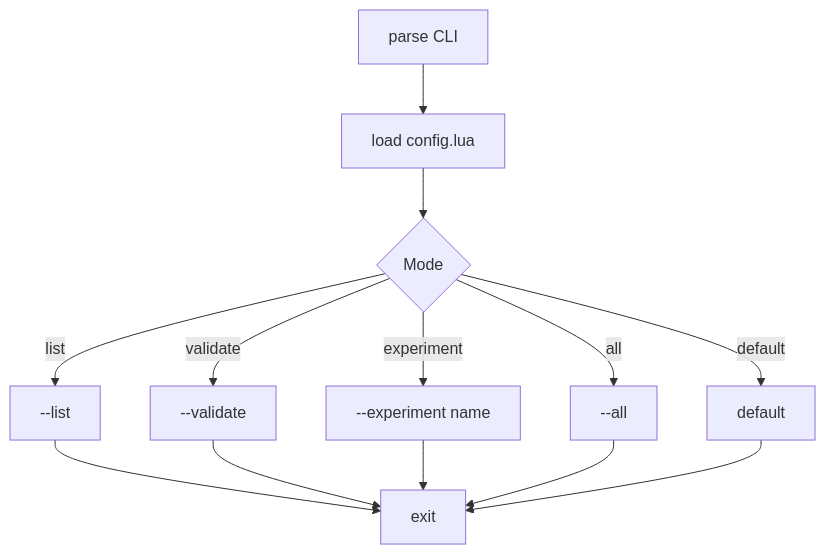
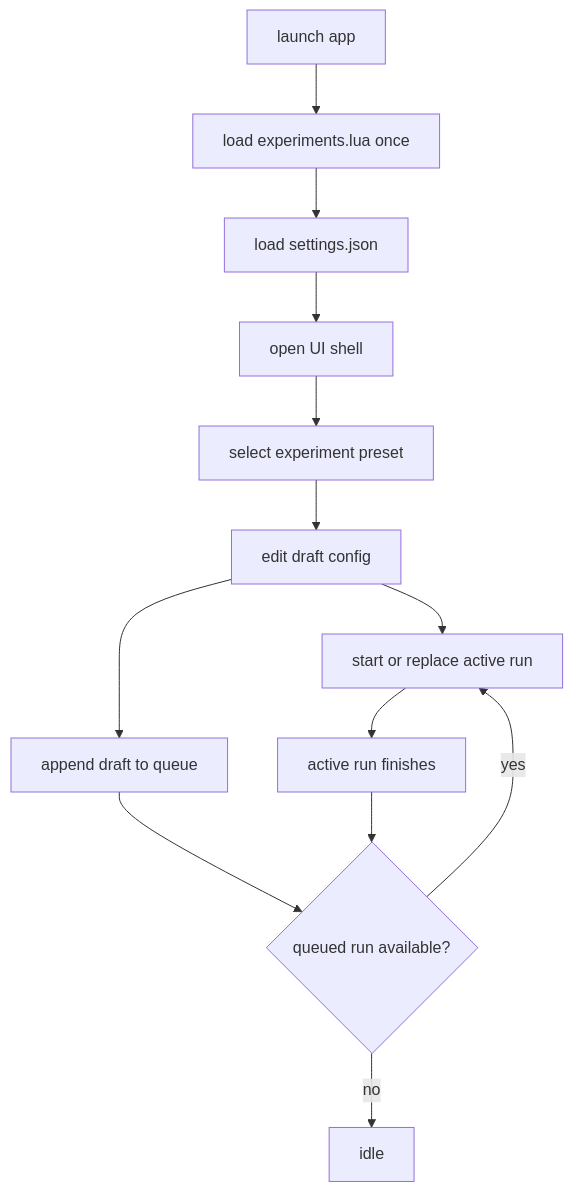
One commit to moon-aii/moonai changed the first of 4 diagrams in docs/internals/architecture.md. Above: the diagram before and after it, drawn with Mermaid. The commit also changed other lines of this file and 22 other files, not shown here.

````diff
--- a/docs/internals/architecture.md
+++ b/docs/internals/architecture.md
@@ -87,19 +88,22 @@
 ```mermaid
 flowchart TB
-    Parse[parse CLI]
-    Load[load config.lua]
-    Route{Mode}
-    List[--list]
-    Validate[--validate]
-    RunOne[--experiment name]
-    RunAll[--all]
-    RunDefault[default]
-    Exit[exit]
+    Launch[launch app]
+    LoadExperiments[load experiments.lua once]
+    LoadSettings[load settings.json]
+    Shell[open UI shell]
+    Select[select experiment preset]
+    Draft[edit draft config]
+    Start[start or replace active run]
+    Queue[append draft to queue]
+    Finish[active run finishes]
+    Next{queued run available?}
+    Idle[idle]
 
-    Parse --> Load --> Route
-    Route -->|list| List --> Exit
-    Route -->|validate| Validate --> Exit
-    Route -->|experiment| RunOne --> Exit
-    Route -->|all| RunAll --> Exit
-    Route -->|default| RunDefault --> Exit
+    Launch --> LoadExperiments --> LoadSettings --> Shell
+    Shell --> Select --> Draft
+    Draft --> Start --> Finish
+    Draft --> Queue --> Next
+    Finish --> Next
+    Next -->|yes| Start
+    Next -->|no| Idle
 ```
````
